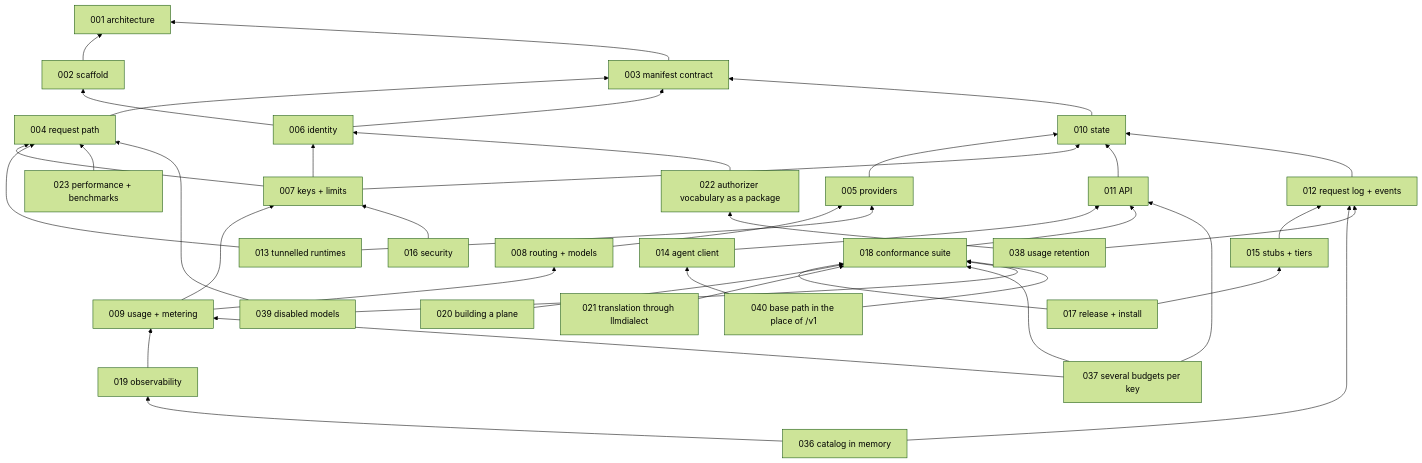
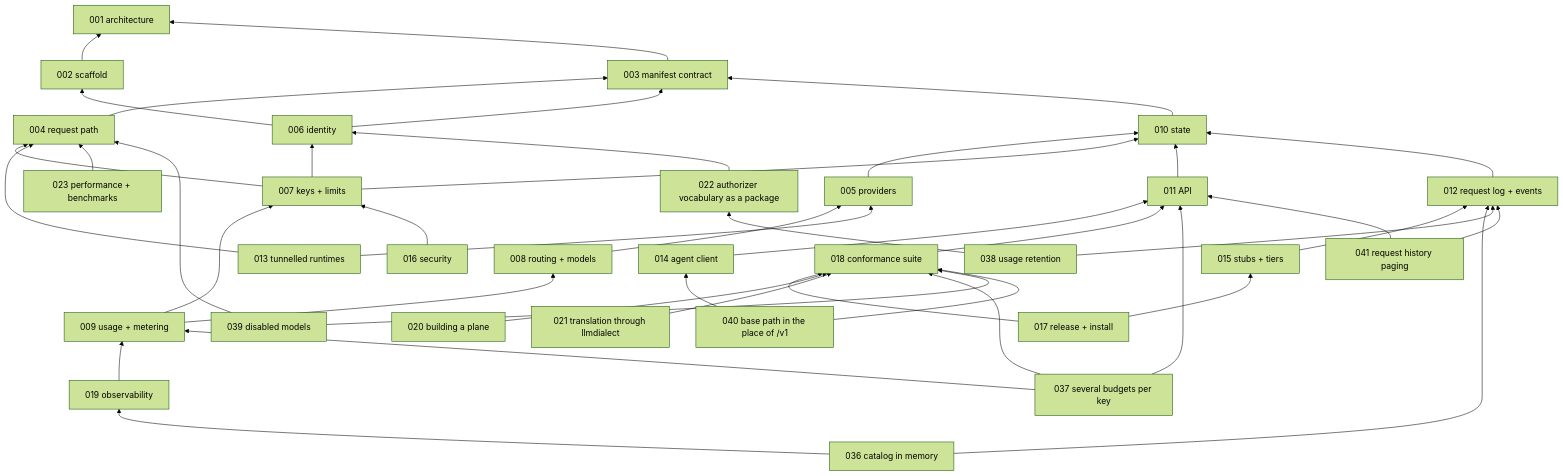
Before and after one commit to latere-ai/lux: the second of 2 diagrams in specs/README.md, drawn with Mermaid (forest theme). The commit also changed other lines of this file and 1 other file, not shown here.

Commit message:
specs: 041 request history paging, a cursor that keeps its range and archive pages of bounded reading

````diff
--- a/specs/README.md
+++ b/specs/README.md
@@ -104,70 +105,73 @@
 ```mermaid
 flowchart BT
   S001[001 architecture]
   S002[002 scaffold]
   S003[003 manifest contract]
   S004[004 request path]
   S005[005 providers]
   S006[006 identity]
   S007[007 keys + limits]
   S008[008 routing + models]
   S009[009 usage + metering]
   S010[010 state]
   S011[011 API]
   S012[012 request log + events]
   S013[013 tunnelled runtimes]
   S014[014 agent client]
   S015[015 stubs + tiers]
   S016[016 security]
   S017[017 release + install]
   S018[018 conformance suite]
   S019[019 observability]
   S020[020 building a plane]
   S021[021 translation through llmdialect]
   S022[022 authorizer vocabulary as a package]
   S023[023 performance + benchmarks]
   S036[036 catalog in memory]
   S037[037 several budgets per key]
   S038[038 usage retention]
   S039[039 disabled models]
   S040[040 base path in the place of /v1]
+  S041[041 request history paging]
   S002 --> S001
   S003 --> S001
   S004 --> S003
   S005 --> S010
   S006 --> S002
   S006 --> S003
   S007 --> S004
   S007 --> S006
   S007 --> S010
   S008 --> S005
   S009 --> S007
   S009 --> S008
   S010 --> S003
   S011 --> S010
   S012 --> S010
   S013 --> S004
   S013 --> S005
   S014 --> S011
   S015 --> S012
   S016 --> S007
   S017 --> S015
   S017 --> S018
   S018 --> S011
   S019 --> S009
   S020 --> S018
   S021 --> S018
   S022 --> S006
   S023 --> S004
   S036 --> S012
   S036 --> S019
   S037 --> S009
   S037 --> S011
   S037 --> S018
   S038 --> S012
   S038 --> S022
   S039 --> S004
   S039 --> S018
   S040 --> S014
   S040 --> S018
+  S041 --> S011
+  S041 --> S012
 ```
````
